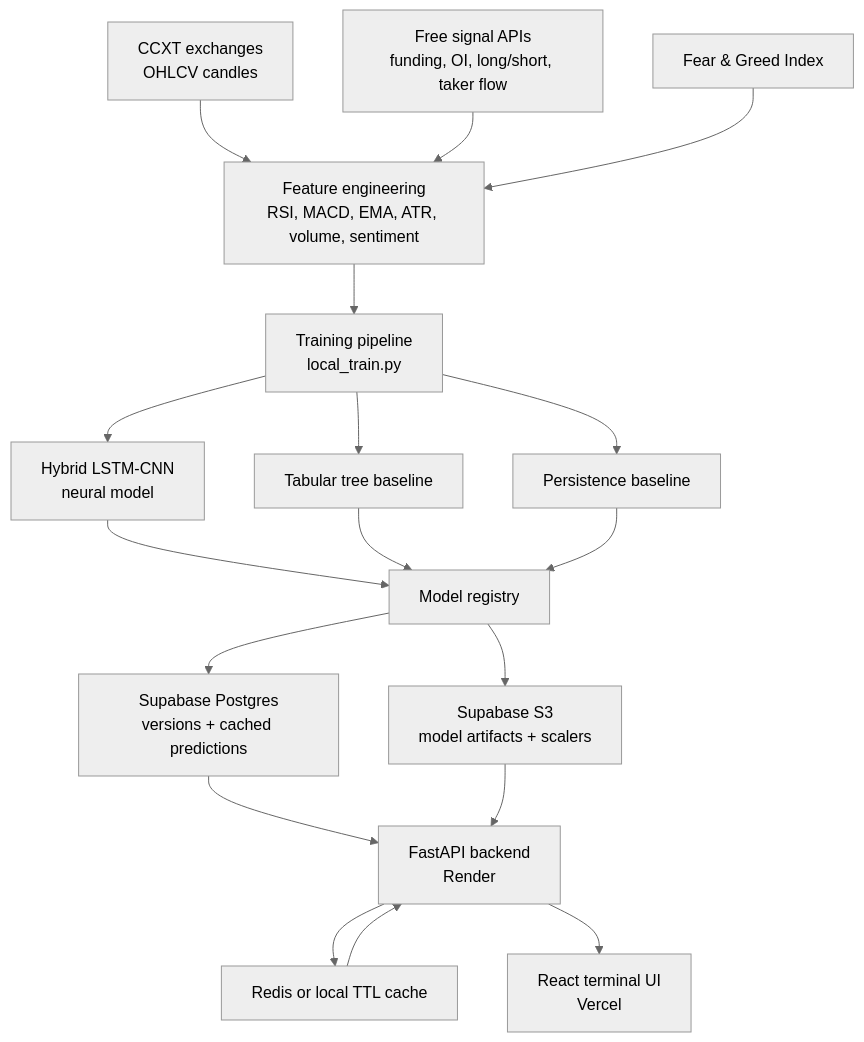
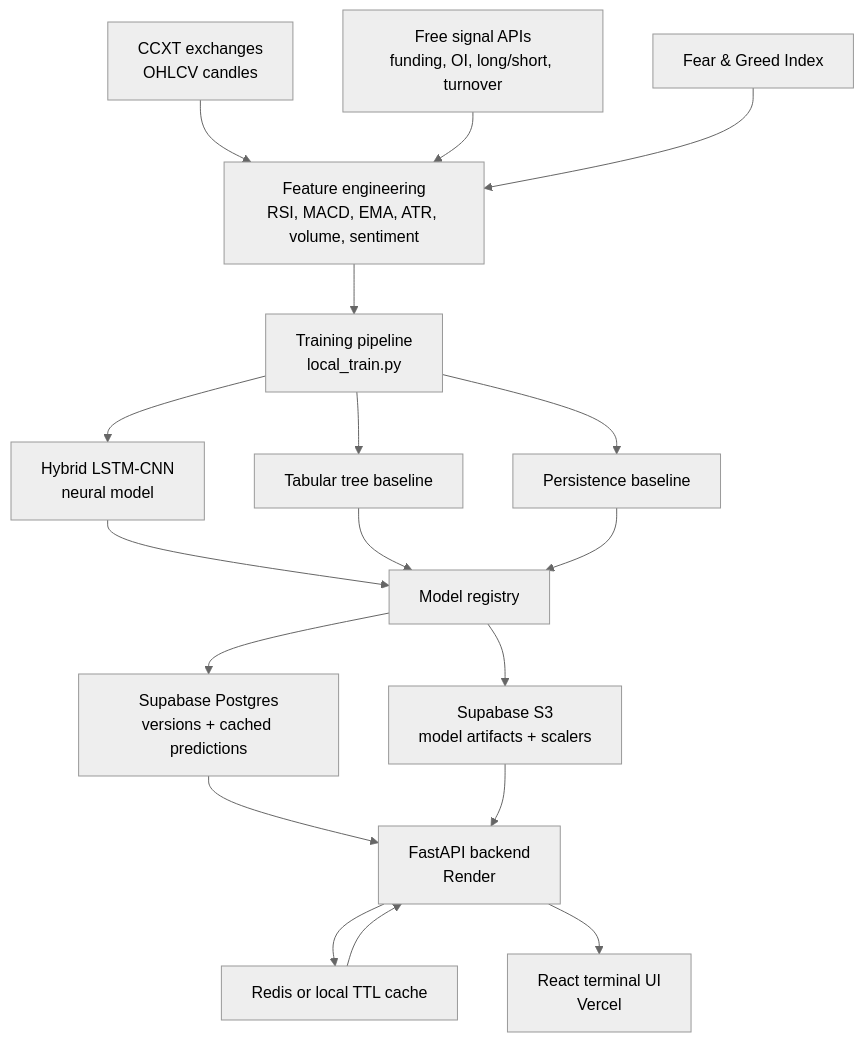
Before and after one commit to AaravKashyap12/CryptoQuant: the diagram in README.md, drawn with Mermaid (neutral theme). The commit also changed other lines of this file and 8 other files, not shown here.

````diff
--- a/README.md
+++ b/README.md
@@ -42,23 +42,23 @@
 ```mermaid
 flowchart TD
     A["CCXT exchanges<br/>OHLCV candles"] --> B["Feature engineering<br/>RSI, MACD, EMA, ATR, volume, sentiment"]
-    S["Free signal APIs<br/>funding, OI, long/short, taker flow"] --> B
+    S["Free signal APIs<br/>funding, OI, long/short, turnover"] --> B
     F["Fear & Greed Index"] --> B
 
     B --> C["Training pipeline<br/>local_train.py"]
     C --> D["Hybrid LSTM-CNN<br/>neural model"]
     C --> E["Tabular tree baseline"]
     C --> P["Persistence baseline"]
 
     D --> R["Model registry"]
     E --> R
     P --> R
     R --> DB["Supabase Postgres<br/>versions + cached predictions"]
     R --> ST["Supabase S3<br/>model artifacts + scalers"]
 
     DB --> API["FastAPI backend<br/>Render"]
     ST --> API
     API --> CACHE["Redis or local TTL cache"]
     CACHE --> API
     API --> UI["React terminal UI<br/>Vercel"]
 ```
````
